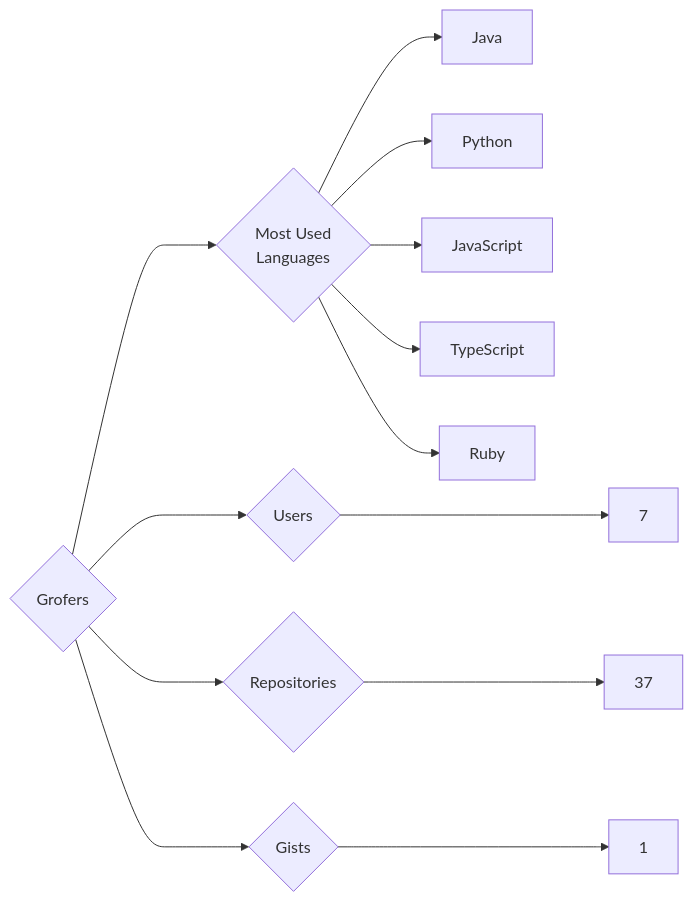
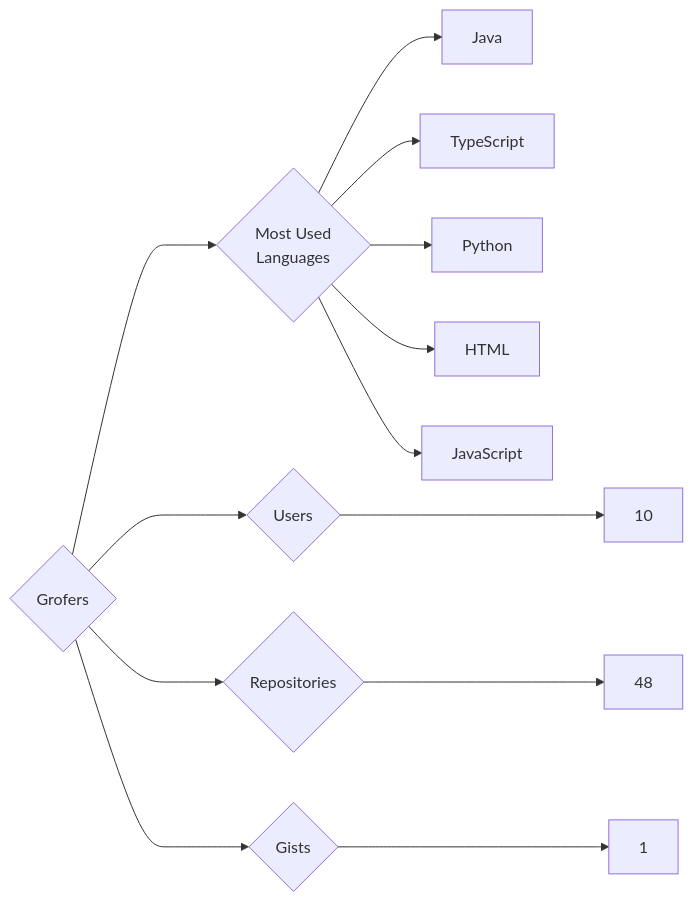
One commit to trickest/insiders changed the diagram in targets/Grofers/README.md. Above: the diagram before and after it, drawn with Mermaid. The commit also changed 1007 other files, not shown here.

````diff
--- a/targets/Grofers/README.md
+++ b/targets/Grofers/README.md
@@ -3,13 +3,13 @@
 ```mermaid
 graph LR
 COMPANY_NAME{Grofers}
-COMPANY_NAME ---> U{Users} ---> UN[7]
-COMPANY_NAME ---> R{Repositories} ---> RN[37]
+COMPANY_NAME ---> U{Users} ---> UN[10]
+COMPANY_NAME ---> R{Repositories} ---> RN[48]
 COMPANY_NAME ---> G{Gists} ---> GN[1]
 COMPANY_NAME ---> ML{Most Used<br>Languages}
 ML --> Java[Java]
+ML --> TypeScript[TypeScript]
 ML --> Python[Python]
+ML --> HTML[HTML]
 ML --> JavaScript[JavaScript]
-ML --> TypeScript[TypeScript]
-ML --> Ruby[Ruby]
 ```
````
